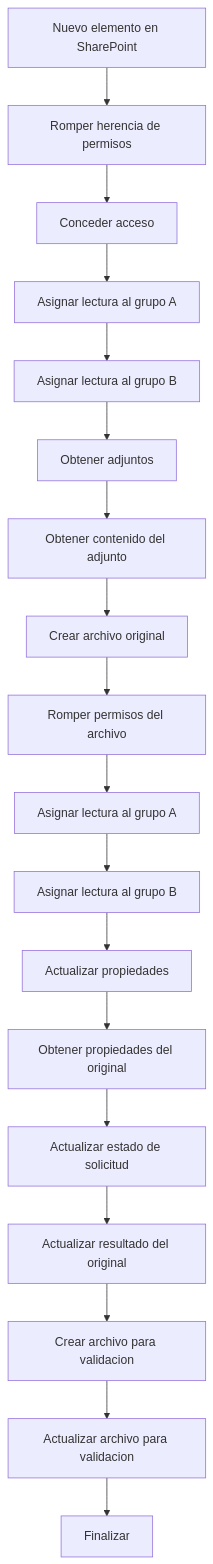
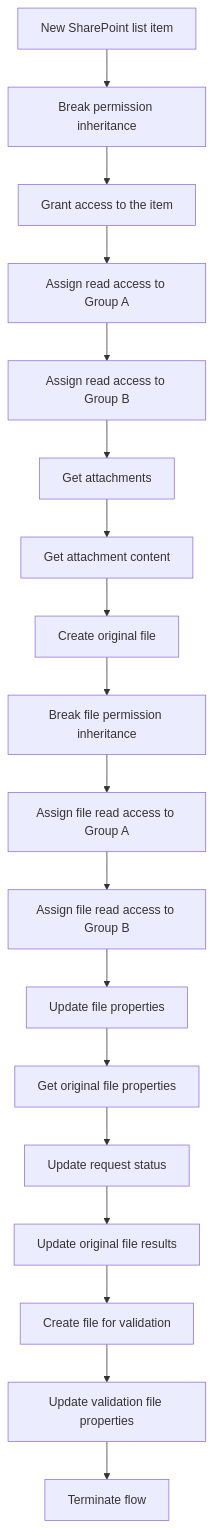
Before and after one commit to smartinmunoz/power-platform-portfolio: the diagram in Power-Automate/SharePoint-Excel-Automation/flows/FL01-demo/README.md, drawn with Mermaid.

Commit message:
Translate workflow diagram to English

````diff
--- a/Power-Automate/SharePoint-Excel-Automation/flows/FL01-demo/README.md
+++ b/Power-Automate/SharePoint-Excel-Automation/flows/FL01-demo/README.md
@@ -15,20 +15,20 @@
 ```mermaid
 flowchart TD
-    A["Nuevo elemento en SharePoint"] --> B["Romper herencia de permisos"]
-    B --> C["Conceder acceso"]
-    C --> D["Asignar lectura al grupo A"]
-    D --> E["Asignar lectura al grupo B"]
-    E --> F["Obtener adjuntos"]
-    F --> G["Obtener contenido del adjunto"]
-    G --> H["Crear archivo original"]
-    H --> I["Romper permisos del archivo"]
-    I --> J["Asignar lectura al grupo A"]
-    J --> K["Asignar lectura al grupo B"]
-    K --> L["Actualizar propiedades"]
-    L --> M["Obtener propiedades del original"]
-    M --> N["Actualizar estado de solicitud"]
-    N --> O["Actualizar resultado del original"]
-    O --> P["Crear archivo para validacion"]
-    P --> Q["Actualizar archivo para validacion"]
-    Q --> R["Finalizar"]
+    A["New SharePoint list item"] --> B["Break permission inheritance"]
+    B --> C["Grant access to the item"]
+    C --> D["Assign read access to Group A"]
+    D --> E["Assign read access to Group B"]
+    E --> F["Get attachments"]
+    F --> G["Get attachment content"]
+    G --> H["Create original file"]
+    H --> I["Break file permission inheritance"]
+    I --> J["Assign file read access to Group A"]
+    J --> K["Assign file read access to Group B"]
+    K --> L["Update file properties"]
+    L --> M["Get original file properties"]
+    M --> N["Update request status"]
+    N --> O["Update original file results"]
+    O --> P["Create file for validation"]
+    P --> Q["Update validation file properties"]
+    Q --> R["Terminate flow"]
 ```
````
